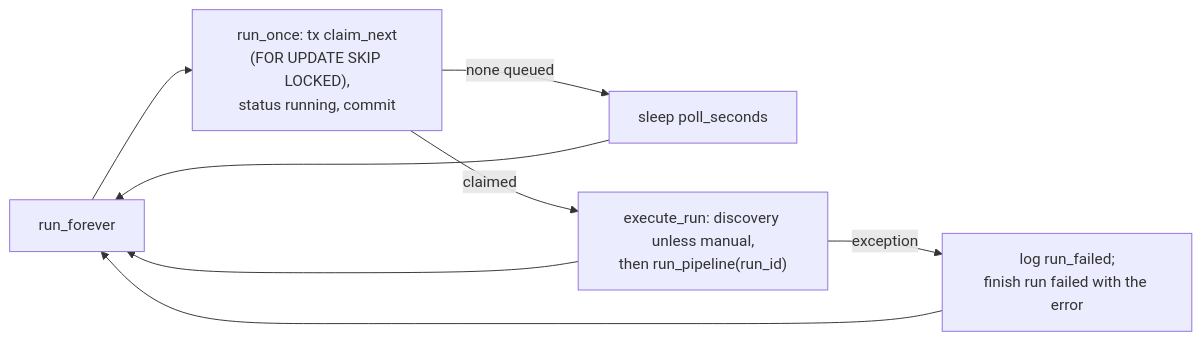
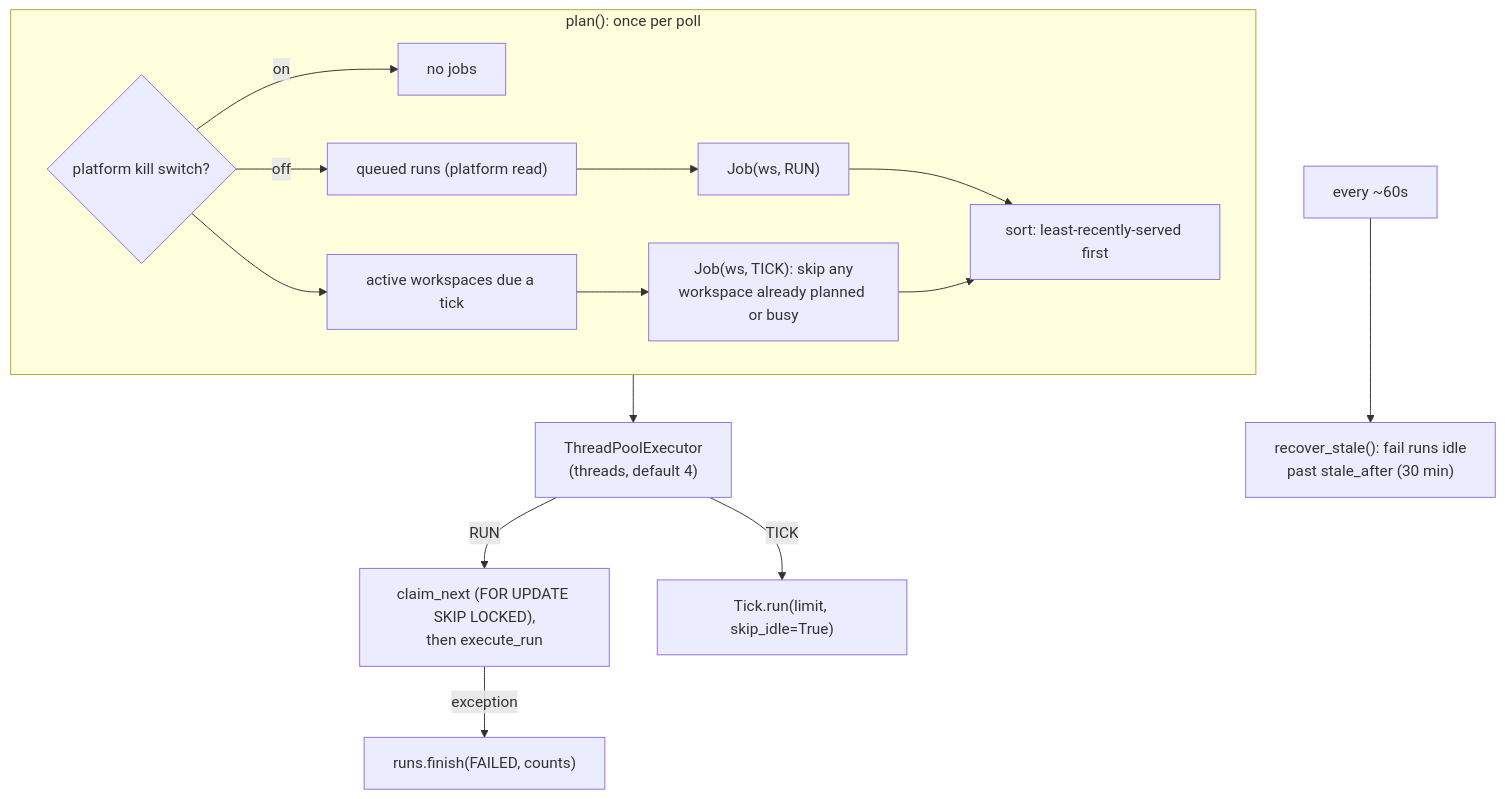
The second of 2 diagrams in docs/technical/lld/runner-and-worker.md (rahul-trip/email_campaign), drawn with Mermaid before and after one commit. The commit also changed other lines of this file, not shown here.

First line of the commit message:
Update runner-and-worker.md for the Phase 6a multi-workspace worker

````diff
--- a/docs/technical/lld/runner-and-worker.md
+++ b/docs/technical/lld/runner-and-worker.md
@@ -150,9 +151,16 @@
 ```mermaid
-flowchart LR
-    A[run_forever] --> B["run_once: tx claim_next<br/>(FOR UPDATE SKIP LOCKED),<br/>status running, commit"]
-    B -->|none queued| S[sleep poll_seconds] --> A
-    B -->|claimed| E["execute_run: discovery unless manual,<br/>then run_pipeline(run_id)"]
-    E -->|exception| F["log run_failed;<br/>finish run failed with the error"]
-    E --> A
-    F --> A
+flowchart TB
+    subgraph plan["plan(): once per poll"]
+        direction LR
+        K{"platform kill switch?"} -->|on| Z["no jobs"]
+        K -->|off| Q["queued runs (platform read)"] --> J1["Job(ws, RUN)"]
+        K --> A["active workspaces due a tick"] --> J2["Job(ws, TICK): skip any<br/>workspace already planned or busy"]
+        J1 --> Sort["sort: least-recently-served first"]
+        J2 --> Sort
+    end
+    Sort --> Pool["ThreadPoolExecutor<br/>(threads, default 4)"]
+    Pool -->|RUN| Claim["claim_next (FOR UPDATE SKIP LOCKED),<br/>then execute_run"]
+    Pool -->|TICK| TickRun["Tick.run(limit, skip_idle=True)"]
+    Claim -->|exception| Fail["runs.finish(FAILED, counts)"]
+    Loop["every ~60s"] --> Stale["recover_stale(): fail runs idle<br/>past stale_after (30 min)"]
 ```
````
